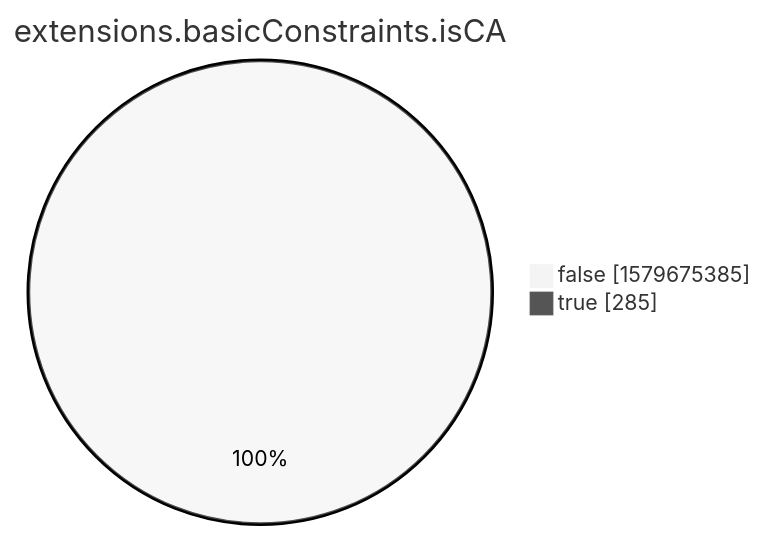
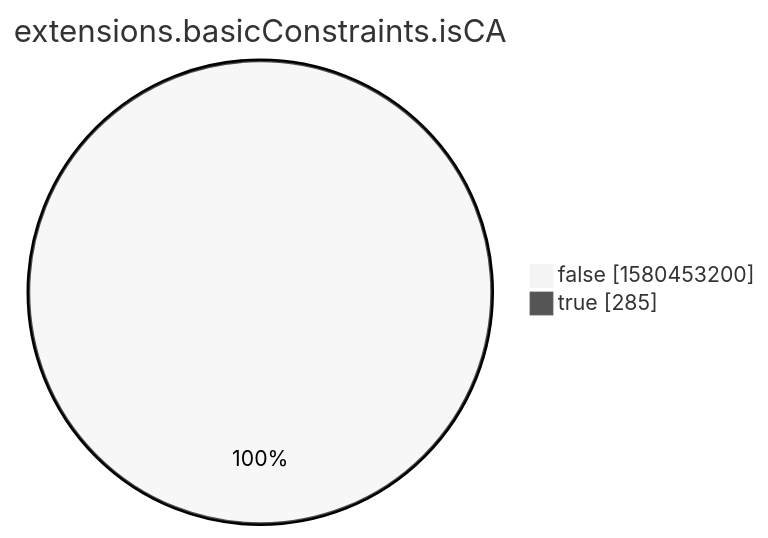
The eighth of 15 diagrams in xenon2022/README.md (christiankrug/ctmonitor_visualization), drawn with Mermaid (neutral theme) before and after one commit. The commit also changed other lines of this file, not shown here.

````diff
--- a/xenon2022/README.md
+++ b/xenon2022/README.md
@@ -2861,6 +2861,6 @@
 ```mermaid
 pie showData
 title extensions.basicConstraints.isCA
-"false" :1579675385
+"false" :1580453200
 "true" :285
 ```
````
